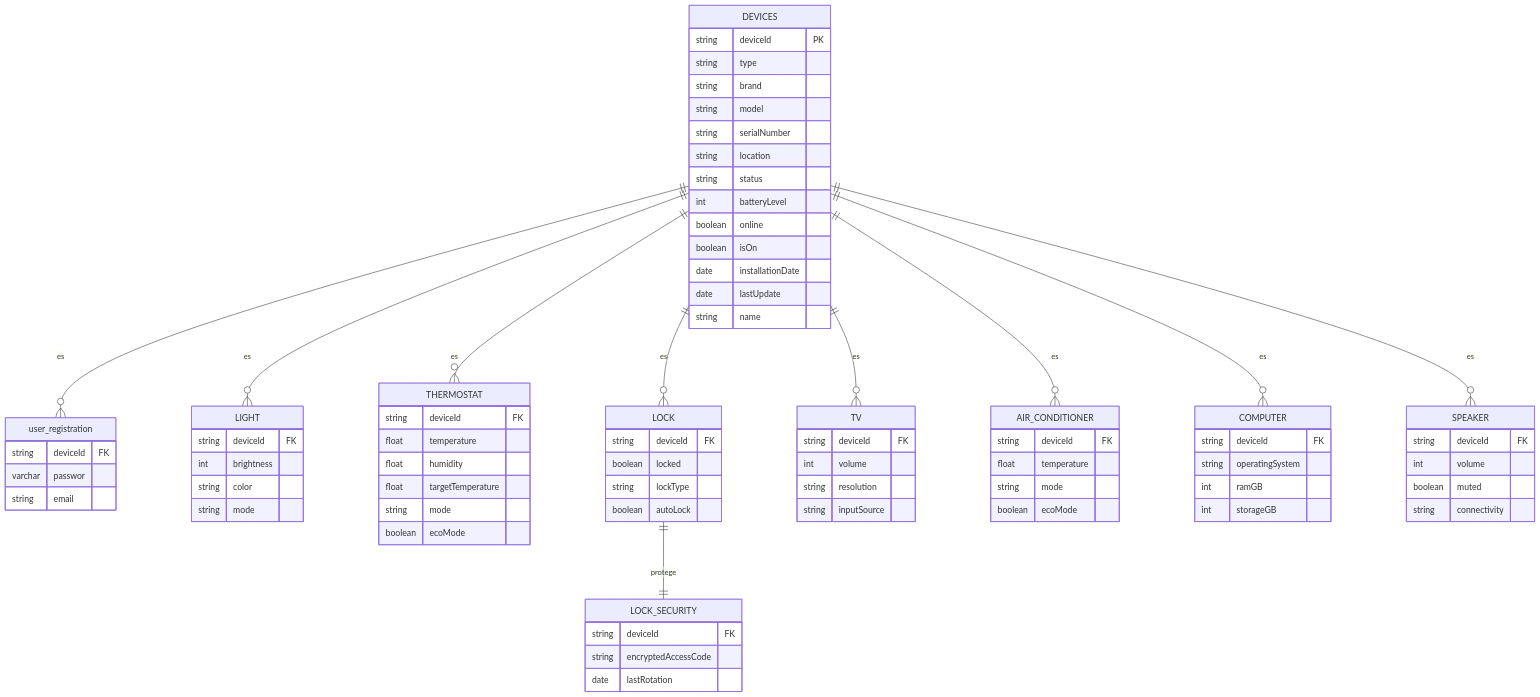
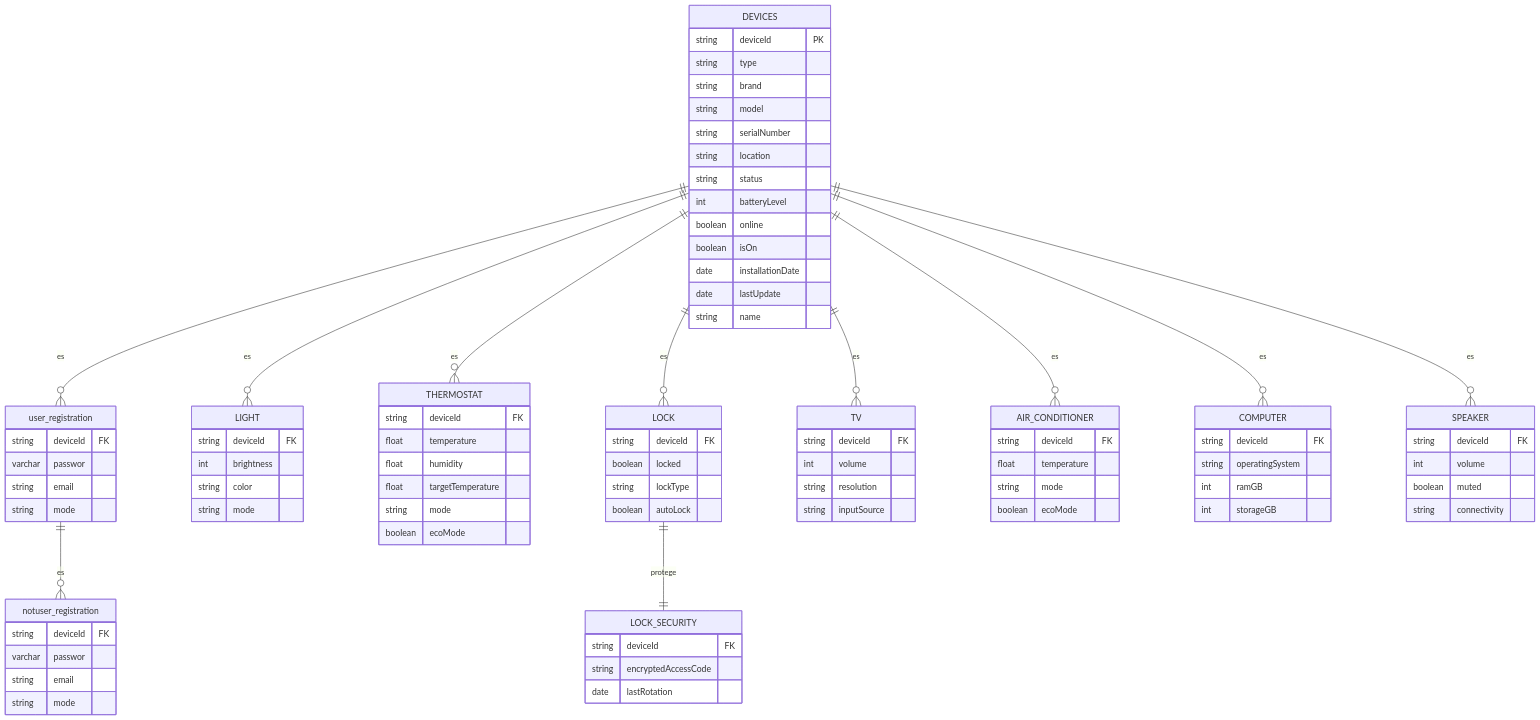
The diagram in docs/schema.mmd (montalvocanojacquelinem3s2-cyber/CBTis47_log_dispositivoss_m3s2), drawn with Mermaid before and after one commit.

Commit message:
Add mode field to user and notuser registration

```diff
--- a/docs/schema.mmd
+++ b/docs/schema.mmd
@@ -1,88 +1,97 @@
 erDiagram
 
     DEVICES {
         string deviceId PK
         string type
         string brand
         string model
         string serialNumber
         string location
         string status
         int batteryLevel
         boolean online
         boolean isOn
         date installationDate
         date lastUpdate
         string name
     }
 
     user_registration {
         string deviceId FK
         varchar passwor
         string email
+        string mode
+    }
+    notuser_registration{
+        string deviceId FK
+        varchar passwor
+        string email
+        string mode
+
     }
     LIGHT {
         string deviceId FK
         int brightness
         string color
         string mode
     }
 
     THERMOSTAT {
         string deviceId FK
         float temperature
         float humidity
         float targetTemperature
         string mode
         boolean ecoMode
     }
 
     LOCK {
         string deviceId FK
         boolean locked
         string lockType
         boolean autoLock 
     }
 
     LOCK_SECURITY {
         string deviceId FK
         string encryptedAccessCode
         date lastRotation
     }
 
     TV {
         string deviceId FK
         int volume
         string resolution
         string inputSource
     }
 
     AIR_CONDITIONER {
         string deviceId FK
         float temperature
         string mode
         boolean ecoMode
     }
 
     COMPUTER {
         string deviceId FK
         string operatingSystem
         int ramGB
         int storageGB
     }
 
     SPEAKER {
         string deviceId FK
         int volume
         boolean muted
         string connectivity
     }
     DEVICES ||--o{ user_registration : es
+    user_registration||--o{ notuser_registration: es
     DEVICES ||--o{ LIGHT : es
     DEVICES ||--o{ THERMOSTAT : es
     DEVICES ||--o{ LOCK : es
     DEVICES ||--o{ TV : es
     DEVICES ||--o{ AIR_CONDITIONER : es
     DEVICES ||--o{ COMPUTER : es
     DEVICES ||--o{ SPEAKER : es
     LOCK ||--|| LOCK_SECURITY : protege
```
